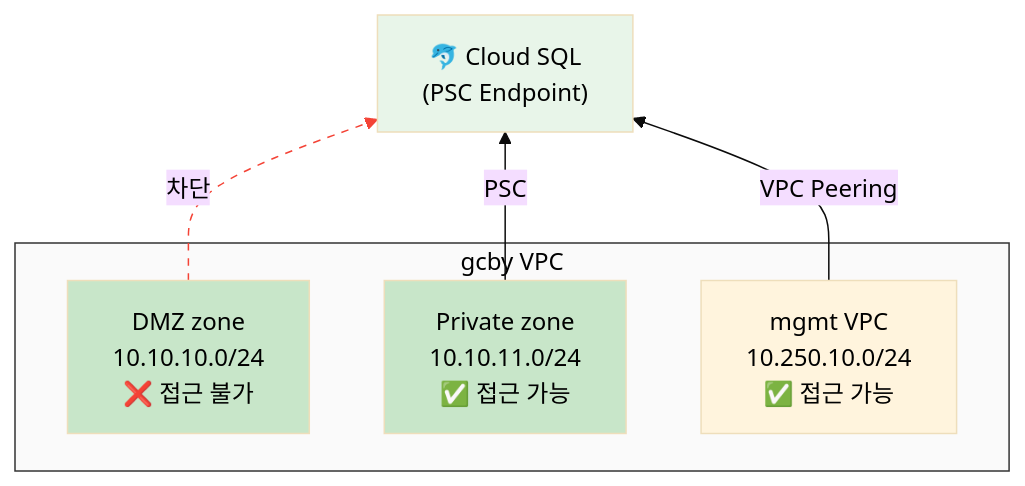
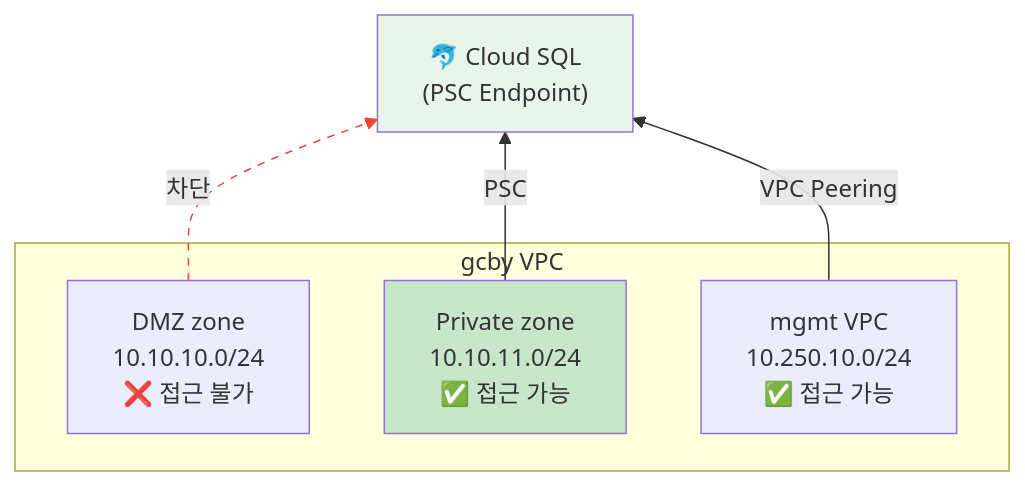
One commit to JSJ2337/GCP_terraform_code changed the sixth of 9 diagrams in terraform_gcp_infra/docs/architecture/network-design.md. Above: the diagram before and after it, drawn with Mermaid. The commit also changed other lines of this file and 5 other files, not shown here.

First line of the commit message:
fix: Mermaid 다이어그램 테마를 default로 변경 및 단순화

````diff
--- a/terraform_gcp_infra/docs/architecture/network-design.md
+++ b/terraform_gcp_infra/docs/architecture/network-design.md
@@ -612,22 +600,21 @@
 ```mermaid
-%%{init: {'theme': 'base', 'themeVariables': { 'primaryTextColor': '#000000', 'secondaryTextColor': '#000000', 'tertiaryTextColor': '#000000', 'clusterBkg': '#ffffff', 'clusterBorder': '#333333' }}}%%
+%%{init: {'theme': 'default'}}%%
 flowchart BT
     SQL_AFTER["🐬 Cloud SQL<br/>(PSC Endpoint)"]
 
     subgraph VPC_AFTER["gcby VPC"]
         DMZ_A["DMZ zone<br/>10.10.10.0/24<br/>❌ 접근 불가"]
         PRIV_A["Private zone<br/>10.10.11.0/24<br/>✅ 접근 가능"]
         MGMT_A["mgmt VPC<br/>10.250.10.0/24<br/>✅ 접근 가능"]
     end
 
     DMZ_A -.->|차단| SQL_AFTER
     PRIV_A -->|PSC| SQL_AFTER
     MGMT_A -->|VPC Peering| SQL_AFTER
 
-    style VPC_AFTER fill:#fafafa,color:#000000
-    style DMZ_A fill:#c8e6c9
+    style VPC_AFTER fill:#fafafa    style DMZ_A fill:#c8e6c9
     style PRIV_A fill:#c8e6c9
     style SQL_AFTER fill:#e8f5e9
 
     linkStyle 0 stroke:#f44336,stroke-dasharray:5
 ```
````
